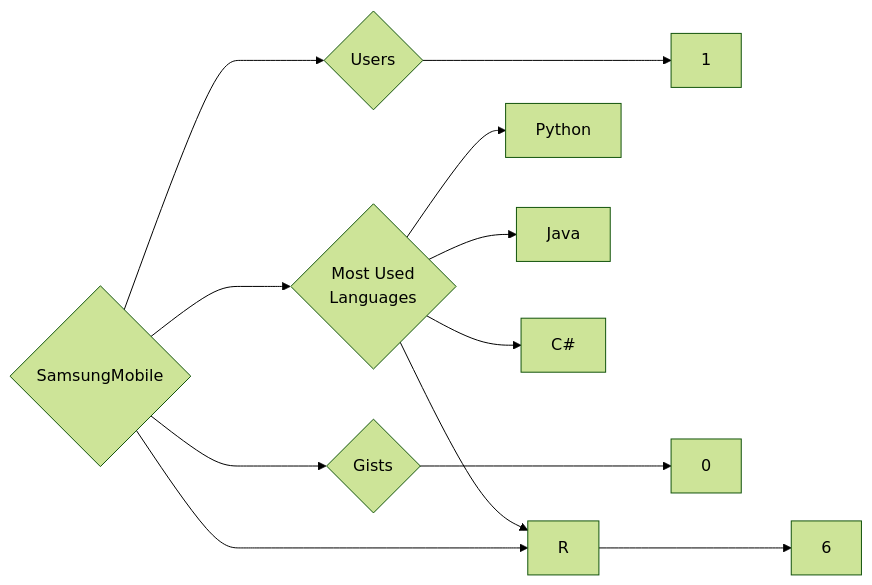
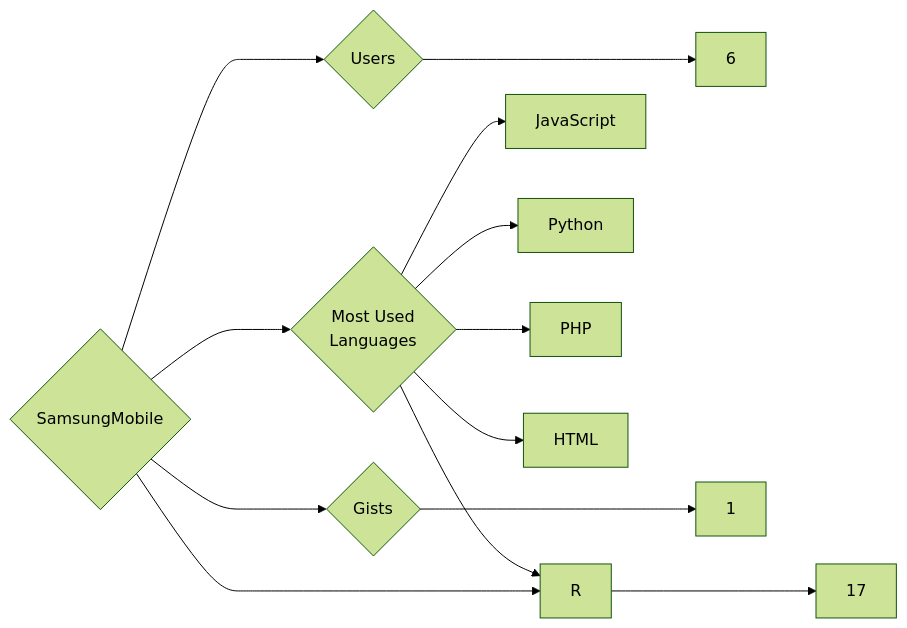
The diagram in targets/SamsungMobile/README.md (trickest/insiders), drawn with Mermaid (forest theme) before and after one commit. The commit also changed 948 other files, not shown here.

````diff
--- a/targets/SamsungMobile/README.md
+++ b/targets/SamsungMobile/README.md
@@ -3,12 +3,13 @@
 ```mermaid
 graph LR
 COMPANY_NAME{SamsungMobile}
-COMPANY_NAME ---> U{Users} ---> UN[1]
-COMPANY_NAME ---> R{Repositories} ---> RN[6]
-COMPANY_NAME ---> G{Gists} ---> GN[0]
+COMPANY_NAME ---> U{Users} ---> UN[6]
+COMPANY_NAME ---> R{Repositories} ---> RN[17]
+COMPANY_NAME ---> G{Gists} ---> GN[1]
 COMPANY_NAME ---> ML{Most Used<br>Languages}
+ML --> JavaScript[JavaScript]
 ML --> Python[Python]
+ML --> PHP[PHP]
+ML --> HTML[HTML]
 ML --> R[R]
-ML --> Java[Java]
-ML --> C#[C#]
 ```
````
